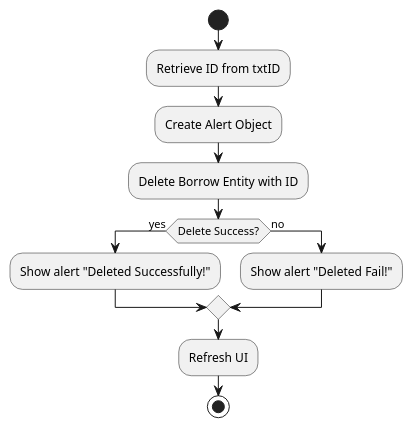
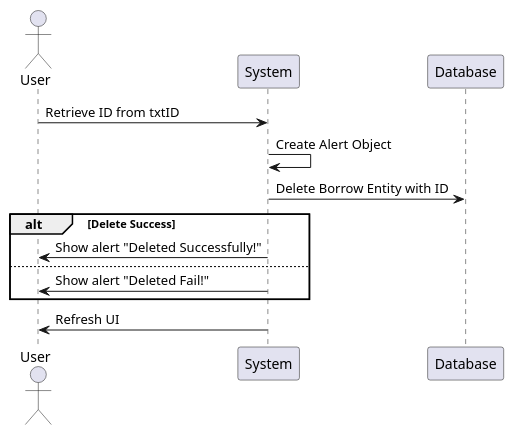
The diagram in docs/design/borrowing/DeleteBorrowing.puml (viettq1997/library-management-system), drawn with PlantUML before and after one commit. The commit also changed 25 other files, not shown here.

Commit message:
main: change flow chart diagram to sequence diagram

```diff
--- a/docs/design/borrowing/DeleteBorrowing.puml
+++ b/docs/design/borrowing/DeleteBorrowing.puml
@@ -1,18 +1,17 @@
 @startuml
-start
+actor User
+participant "System" as System
+participant "Database" as DB
 
-:Retrieve ID from txtID;
-:Create Alert Object;
+User -> System: Retrieve ID from txtID
+System -> System: Create Alert Object
+System -> DB: Delete Borrow Entity with ID
 
-:Delete Borrow Entity with ID;
+alt Delete Success
+  System -> User: Show alert "Deleted Successfully!"
+else
+  System -> User: Show alert "Deleted Fail!"
+end
 
-if (Delete Success?) then (yes)
-  :Show alert "Deleted Successfully!";
-else (no)
-  :Show alert "Deleted Fail!";
-endif
-
-:Refresh UI;
-stop
-
+System -> User: Refresh UI
 @enduml
```
